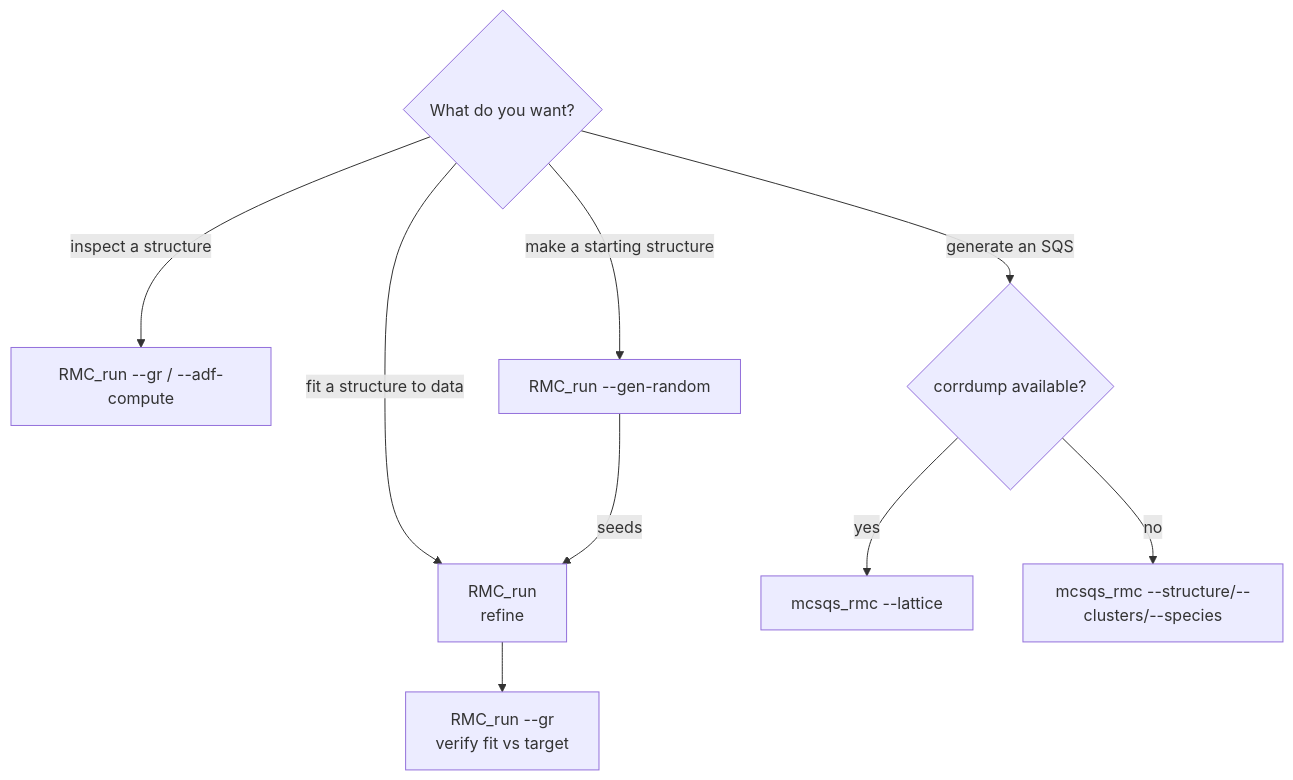
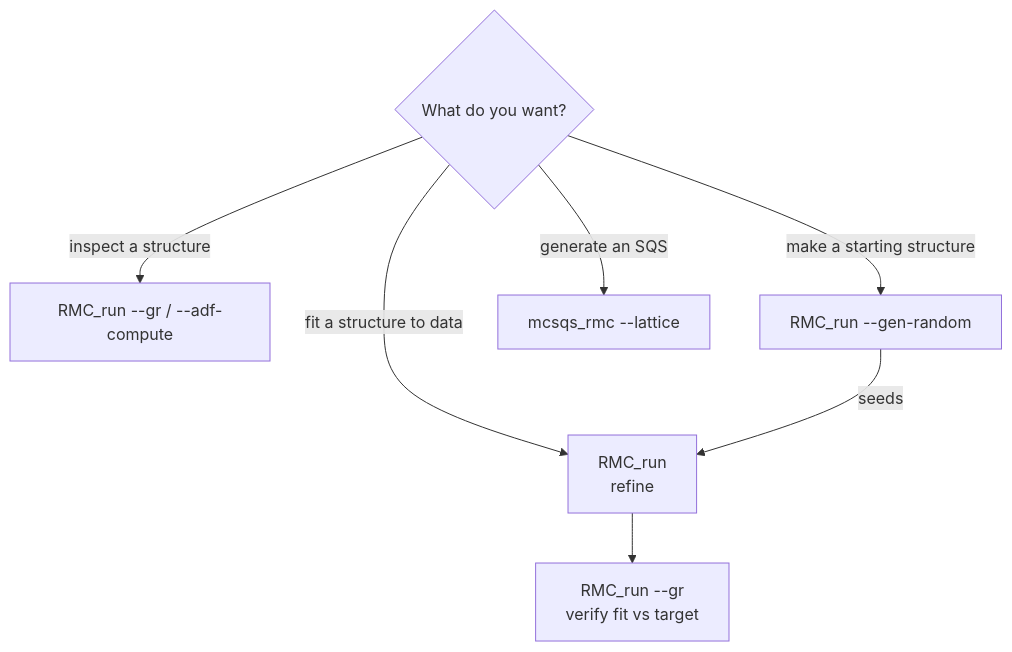
The first of 2 diagrams in WORKFLOW.md (reach2sayan/ReverseMonteCarlo), drawn with Mermaid before and after one commit. The commit also changed other lines of this file and 127 other files, not shown here.

````diff
--- a/WORKFLOW.md
+++ b/WORKFLOW.md
@@ -10,14 +10,11 @@
 ```mermaid
 flowchart TD
     Q{What do you want?}
     Q -->|fit a structure to data| R[RMC_run<br/>refine]
     Q -->|inspect a structure| A[RMC_run --gr / --adf-compute]
     Q -->|make a starting structure| G[RMC_run --gen-random]
-    Q -->|generate an SQS| S{corrdump available?}
+    Q -->|generate an SQS| S[mcsqs_rmc --lattice]
 
     G -->|seeds| R
     R --> V[RMC_run --gr<br/>verify fit vs target]
-
-    S -->|yes| SC[mcsqs_rmc --lattice]
-    S -->|no| SL[mcsqs_rmc --structure/--clusters/--species]
 ```
````
